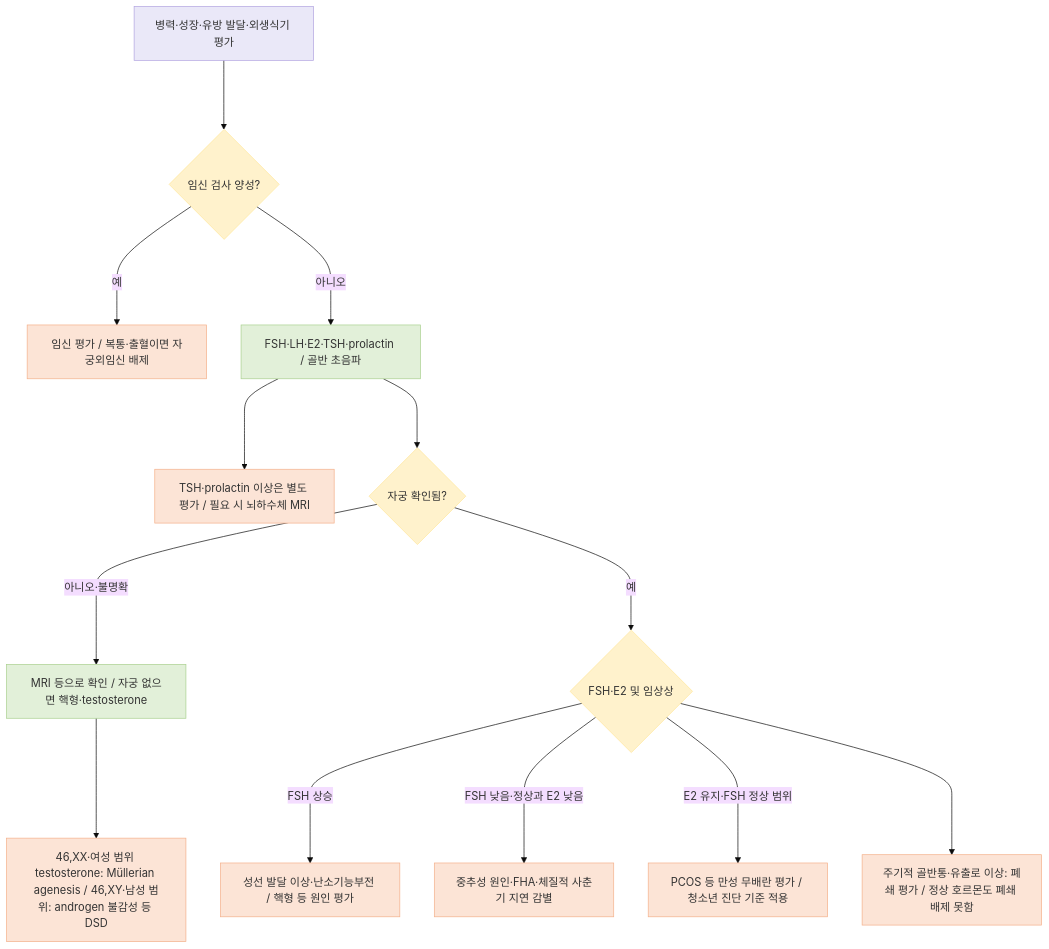
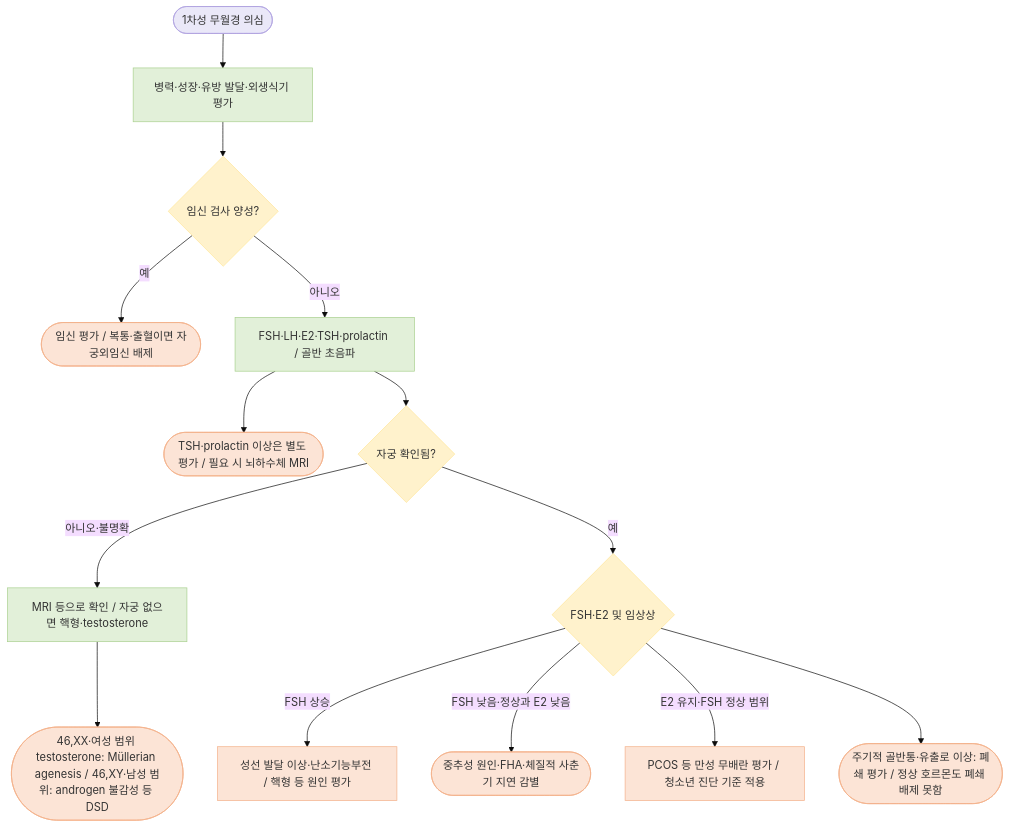
One commit to familyoh77/familyoh77 changed the first of 2 diagrams in 227_/130_-amenorrhea.md. Above: the diagram before and after it, drawn with Mermaid (base theme). The commit also changed other lines of this file and 5 other files, not shown here.

````diff
--- a/227_/130_-amenorrhea.md
+++ b/227_/130_-amenorrhea.md
@@ -108,23 +115,23 @@
 ```mermaid
 flowchart TD
-    A["병력·성장·유방 발달·외생식기 평가"] ---> B{"임신 검사 양성?"}
-    B -- 예 ---> P["임신 평가 / 복통·출혈이면 자궁외임신 배제"]
-    B -- 아니오 ---> C["FSH·LH·E2·TSH·prolactin / 골반 초음파"]
-    C ---> T["TSH·prolactin 이상은 별도 평가 / 필요 시 뇌하수체 MRI"]
-    C ---> D{"자궁 확인됨?"}
-    D -- 아니오·불명확 ---> G["MRI 등으로 확인 / 자궁 없으면 핵형·testosterone"]
-    G ---> H["46,XX·여성 범위 testosterone: Müllerian agenesis / 46,XY·남성 범위: androgen 불감성 등 DSD"]
-    D -- 예 ---> E{"FSH·E2 및 임상상"}
-    E -- FSH 상승 ---> O["성선 발달 이상·난소기능부전 / 핵형 등 원인 평가"]
-    E -- FSH 낮음·정상과 E2 낮음 ---> L["중추성 원인·FHA·체질적 사춘기 지연 감별"]
-    E -- E2 유지·FSH 정상 범위 ---> N["PCOS 등 만성 무배란 평가 / 청소년 진단 기준 적용"]
-    E ---> V["주기적 골반통·유출로 이상: 폐쇄 평가 / 정상 호르몬도 폐쇄 배제 못함"]
+    A(["1차성 무월경 의심"]) --> A1["병력·성장·유방 발달·외생식기 평가"] --> B{"임신 검사 양성?"}
+    B -- 예 --> P(["임신 평가 / 복통·출혈이면 자궁외임신 배제"])
+    B -- 아니오 --> C["FSH·LH·E2·TSH·prolactin / 골반 초음파"]
+    C --> T(["TSH·prolactin 이상은 별도 평가 / 필요 시 뇌하수체 MRI"])
+    C --> D{"자궁 확인됨?"}
+    D -- 아니오·불명확 --> G["MRI 등으로 확인 / 자궁 없으면 핵형·testosterone"]
+    G --> H(["46,XX·여성 범위 testosterone: Müllerian agenesis / 46,XY·남성 범위: androgen 불감성 등 DSD"])
+    D -- 예 --> E{"FSH·E2 및 임상상"}
+    E -- FSH 상승 --> O["성선 발달 이상·난소기능부전 / 핵형 등 원인 평가"]
+    E -- FSH 낮음·정상과 E2 낮음 --> L(["중추성 원인·FHA·체질적 사춘기 지연 감별"])
+    E -- E2 유지·FSH 정상 범위 --> N["PCOS 등 만성 무배란 평가 / 청소년 진단 기준 적용"]
+    E --> V(["주기적 골반통·유출로 이상: 폐쇄 평가 / 정상 호르몬도 폐쇄 배제 못함"])
     classDef start fill:#EAE8F8,stroke:#B0A3E0,color:#333
     classDef test fill:#E2F0D9,stroke:#A9D08E,color:#333
     classDef decision fill:#FFF2CC,stroke:#FFE699,color:#333
     classDef action fill:#FCE4D6,stroke:#F4B08A,color:#333
     class A start
-    class C,G test
+    class A1,C,G test
     class B,D,E decision
     class P,T,H,O,L,N,V action
 ```
````
